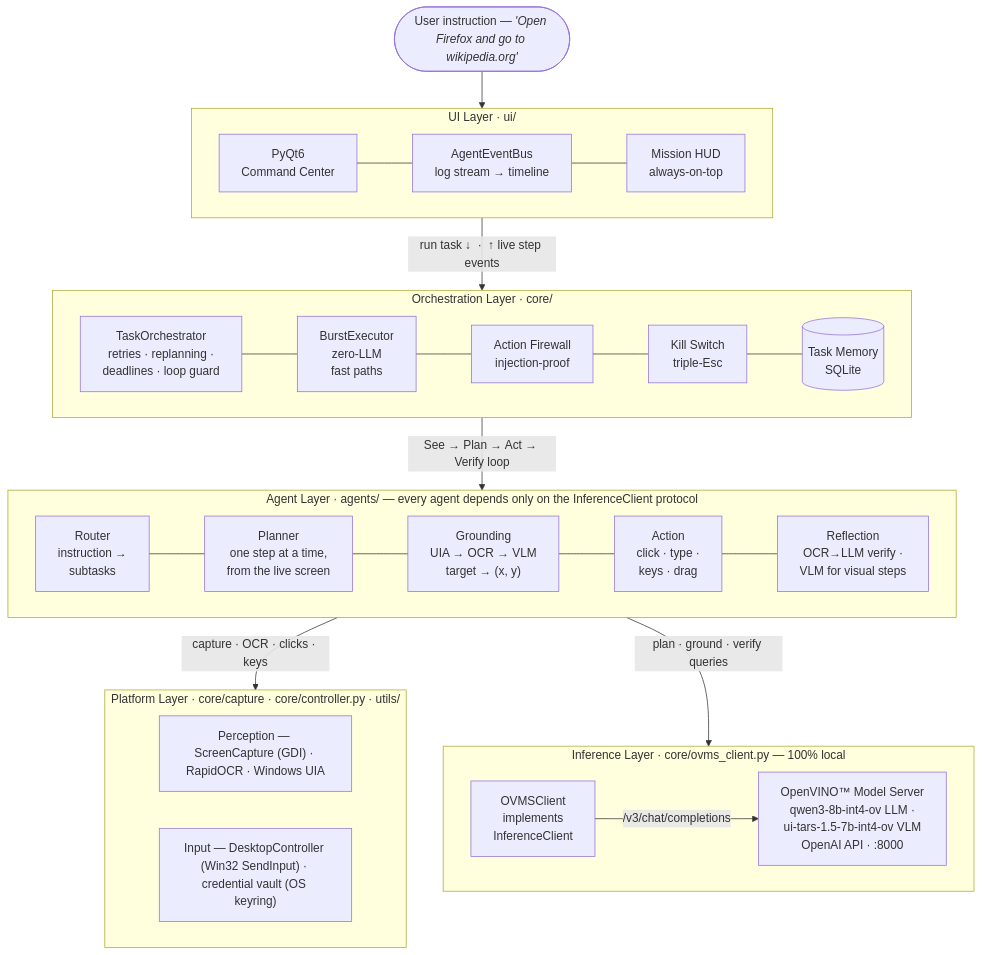
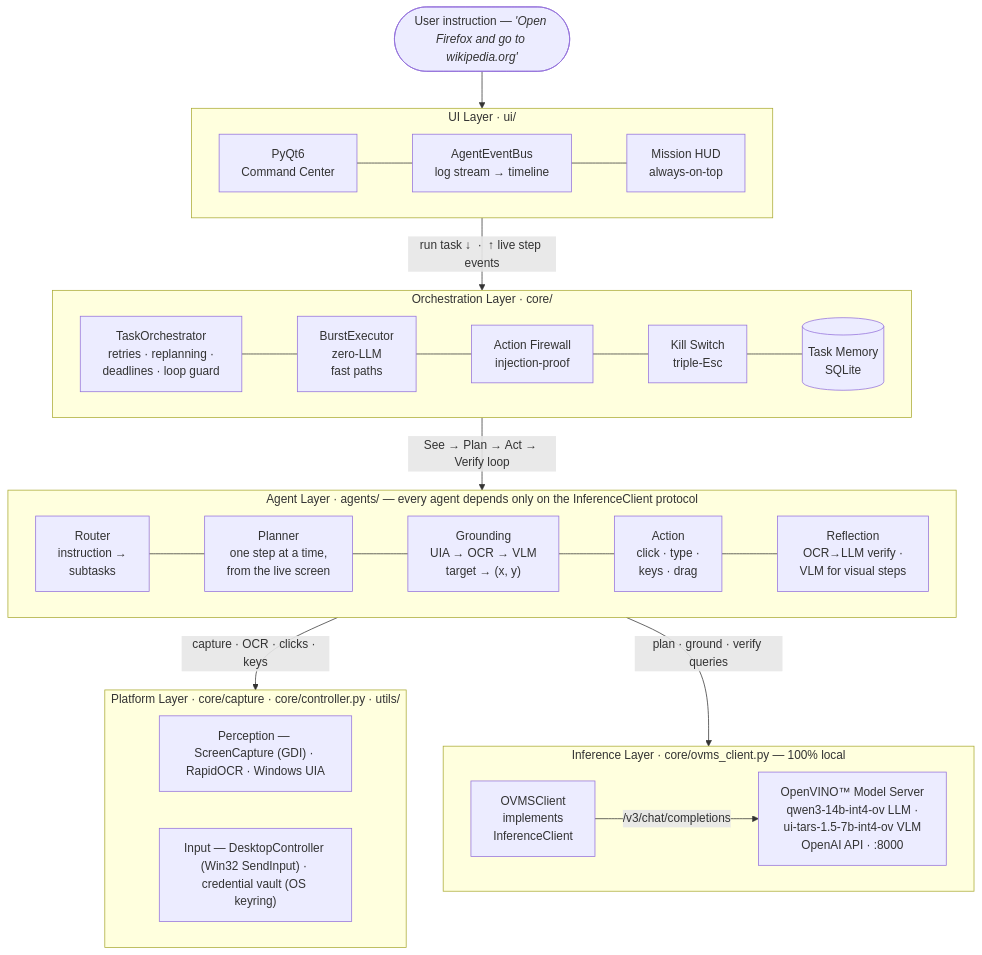
One commit to Shehrozkashif/OpenVINO-Autonomous-GUI-Agent changed the diagram in README.md. Above: the diagram before and after it, drawn with Mermaid. The commit also changed other lines of this file and 21 other files, not shown here.

````diff
--- a/README.md
+++ b/README.md
@@ -87,51 +91,51 @@
 ```mermaid
 flowchart TB
     USER(["User instruction — <i>'Open Firefox and go to wikipedia.org'</i>"])
 
     subgraph UI_LAYER["&nbsp;UI Layer · ui/&nbsp;"]
         direction LR
         GUI["PyQt6<br/>Command Center"]
         EVBUS["AgentEventBus<br/>log stream → timeline"]
         HUD["Mission HUD<br/>always-on-top"]
         GUI --- EVBUS --- HUD
     end
 
     subgraph ORCH_LAYER["&nbsp;Orchestration Layer · core/&nbsp;"]
         direction LR
         ORCH["TaskOrchestrator<br/>retries · replanning ·<br/>deadlines · loop guard"]
         BURST["BurstExecutor<br/>zero-LLM<br/>fast paths"]
         FIREWALL["Action Firewall<br/>injection-proof"]
         KILL["Kill Switch<br/>triple-Esc"]
         MEMORY[("Task Memory<br/>SQLite")]
         ORCH --- BURST --- FIREWALL --- KILL --- MEMORY
     end
 
     subgraph AGENT_LAYER["&nbsp;Agent Layer · agents/ — every agent depends only on the InferenceClient protocol&nbsp;"]
         direction LR
         ROUTER["Router<br/>instruction →<br/>subtasks"]
         PLANNER["Planner<br/>one step at a time,<br/>from the live screen"]
         GROUND["Grounding<br/>UIA → OCR → VLM<br/>target → (x, y)"]
         ACTION["Action<br/>click · type ·<br/>keys · drag"]
         REFLECT["Reflection<br/>OCR→LLM verify ·<br/>VLM for visual steps"]
         ROUTER --- PLANNER --- GROUND --- ACTION --- REFLECT
     end
 
     subgraph PLATFORM_LAYER["&nbsp;Platform Layer · core/capture · core/controller.py · utils/&nbsp;"]
         direction LR
         PERCEPTION["Perception — ScreenCapture (GDI) · RapidOCR · Windows UIA"]
         INPUT["Input — DesktopController (Win32 SendInput) · credential vault (OS keyring)"]
     end
 
     subgraph INFER_LAYER["&nbsp;Inference Layer · core/ovms_client.py — 100% local&nbsp;"]
         direction LR
         CLIENT["OVMSClient<br/>implements<br/>InferenceClient"]
-        OVMS["OpenVINO™ Model Server<br/>qwen3-8b-int4-ov LLM ·<br/>ui-tars-1.5-7b-int4-ov VLM<br/>OpenAI API · :8000"]
+        OVMS["OpenVINO™ Model Server<br/>qwen3-14b-int4-ov LLM ·<br/>ui-tars-1.5-7b-int4-ov VLM<br/>OpenAI API · :8000"]
         CLIENT -- "/v3/chat/completions" --> OVMS
     end
 
     USER --> UI_LAYER
     UI_LAYER -- "run task ↓ &nbsp;·&nbsp; ↑ live step events" --> ORCH_LAYER
     ORCH_LAYER -- "See → Plan → Act → Verify loop" --> AGENT_LAYER
     AGENT_LAYER -- "capture · OCR · clicks · keys" --> PLATFORM_LAYER
     AGENT_LAYER -- "plan · ground · verify queries" --> INFER_LAYER
 ```
````
